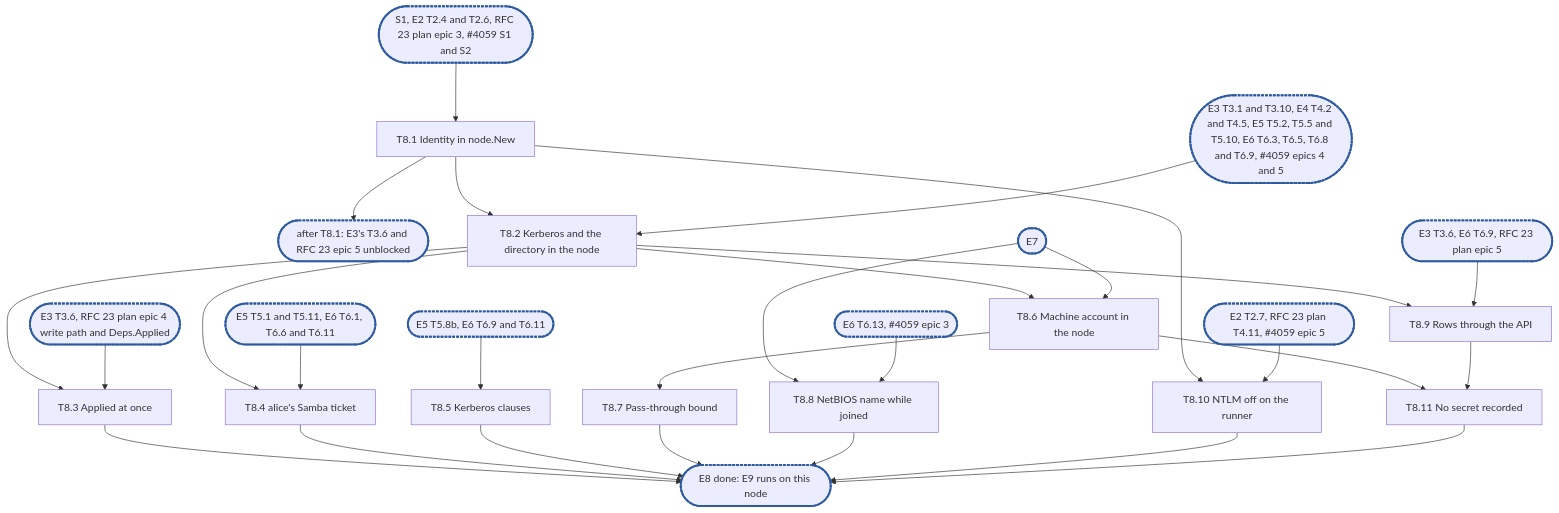
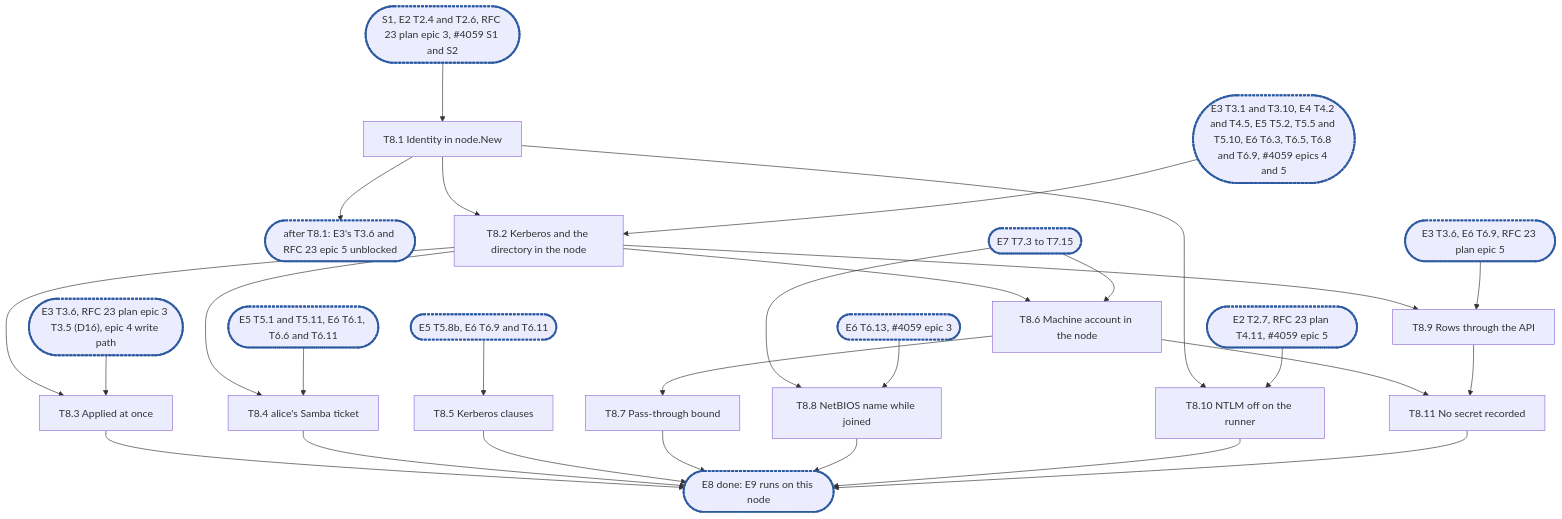
Before and after one commit to cubbit/dittofs: the diagram in docs/internals/planning/rfc-18-identity-epic8.md, drawn with Mermaid. The commit also changed other lines of this file, not shown here.

Commit message:
docs(planning): align RFC 18 epic 8 with RFC 23's follow-ups and epic 7

````diff
--- a/docs/internals/planning/rfc-18-identity-epic8.md
+++ b/docs/internals/planning/rfc-18-identity-epic8.md
@@ -621,24 +632,24 @@
 ```mermaid
 flowchart TD
   X1(["S1, E2 T2.4 and T2.6, RFC 23 plan epic 3, #4059 S1 and S2"]):::sync --> T8_1["T8.1 Identity in node.New"]
   T8_1 --> C0(["after T8.1: E3's T3.6 and RFC 23 epic 5 unblocked"]):::sync
   T8_1 --> T8_2["T8.2 Kerberos and the directory in the node"]
   X2(["E3 T3.1 and T3.10, E4 T4.2 and T4.5, E5 T5.2, T5.5 and T5.10, E6 T6.3, T6.5, T6.8 and T6.9, #4059 epics 4 and 5"]):::sync --> T8_2
   T8_2 --> T8_3["T8.3 Applied at once"]
-  X3(["E3 T3.6, RFC 23 plan epic 4 write path and Deps.Applied"]):::sync --> T8_3
+  X3(["E3 T3.6, RFC 23 plan epic 3 T3.5 (D16), epic 4 write path"]):::sync --> T8_3
   T8_2 --> T8_4["T8.4 alice's Samba ticket"]
   X4(["E5 T5.1 and T5.11, E6 T6.1, T6.6 and T6.11"]):::sync --> T8_4
   X5(["E5 T5.8b, E6 T6.9 and T6.11"]):::sync --> T8_5["T8.5 Kerberos clauses"]
   T8_2 --> T8_6["T8.6 Machine account in the node"]
-  X6(["E7"]):::sync --> T8_6
+  X6(["E7 T7.3 to T7.15"]):::sync --> T8_6
   T8_6 --> T8_7["T8.7 Pass-through bound"]
   X6 --> T8_8["T8.8 NetBIOS name while joined"]
   X7(["E6 T6.13, #4059 epic 3"]):::sync --> T8_8
   T8_2 --> T8_9["T8.9 Rows through the API"]
   X8(["E3 T3.6, E6 T6.9, RFC 23 plan epic 5"]):::sync --> T8_9
   T8_1 --> T8_10["T8.10 NTLM off on the runner"]
   X9(["E2 T2.7, RFC 23 plan T4.11, #4059 epic 5"]):::sync --> T8_10
   T8_6 & T8_9 --> T8_11["T8.11 No secret recorded"]
   T8_3 & T8_4 & T8_5 & T8_7 & T8_8 & T8_10 & T8_11 --> C1(["E8 done: E9 runs on this node"]):::sync
   classDef sync stroke:#2c5aa0,stroke-width:3px,stroke-dasharray:4 2
 ```
````
